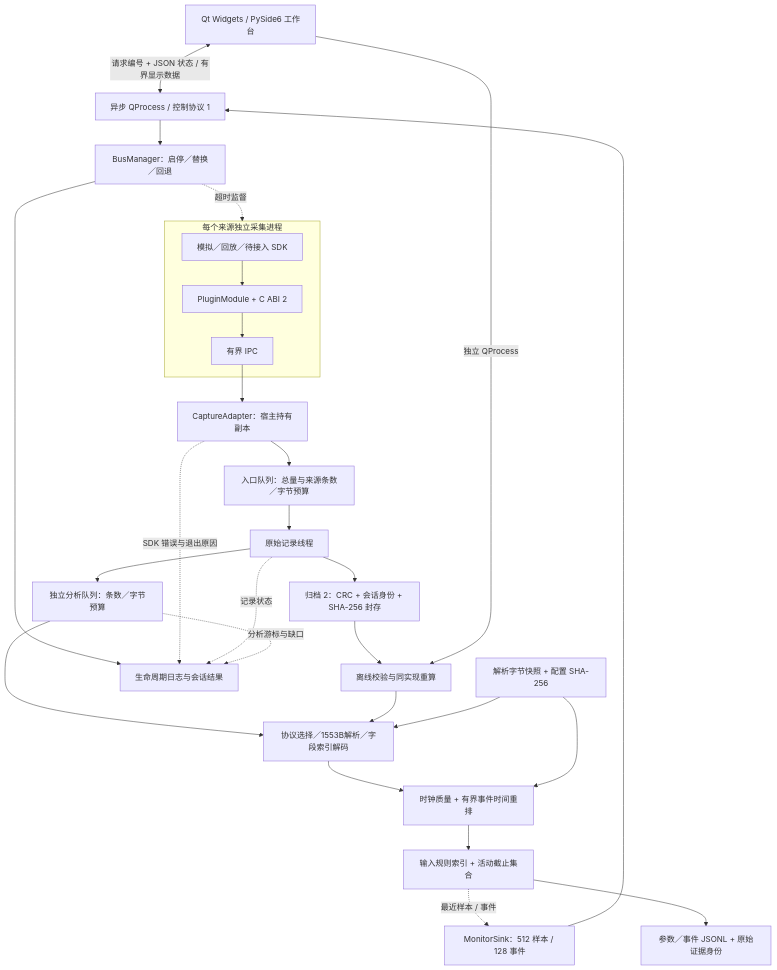
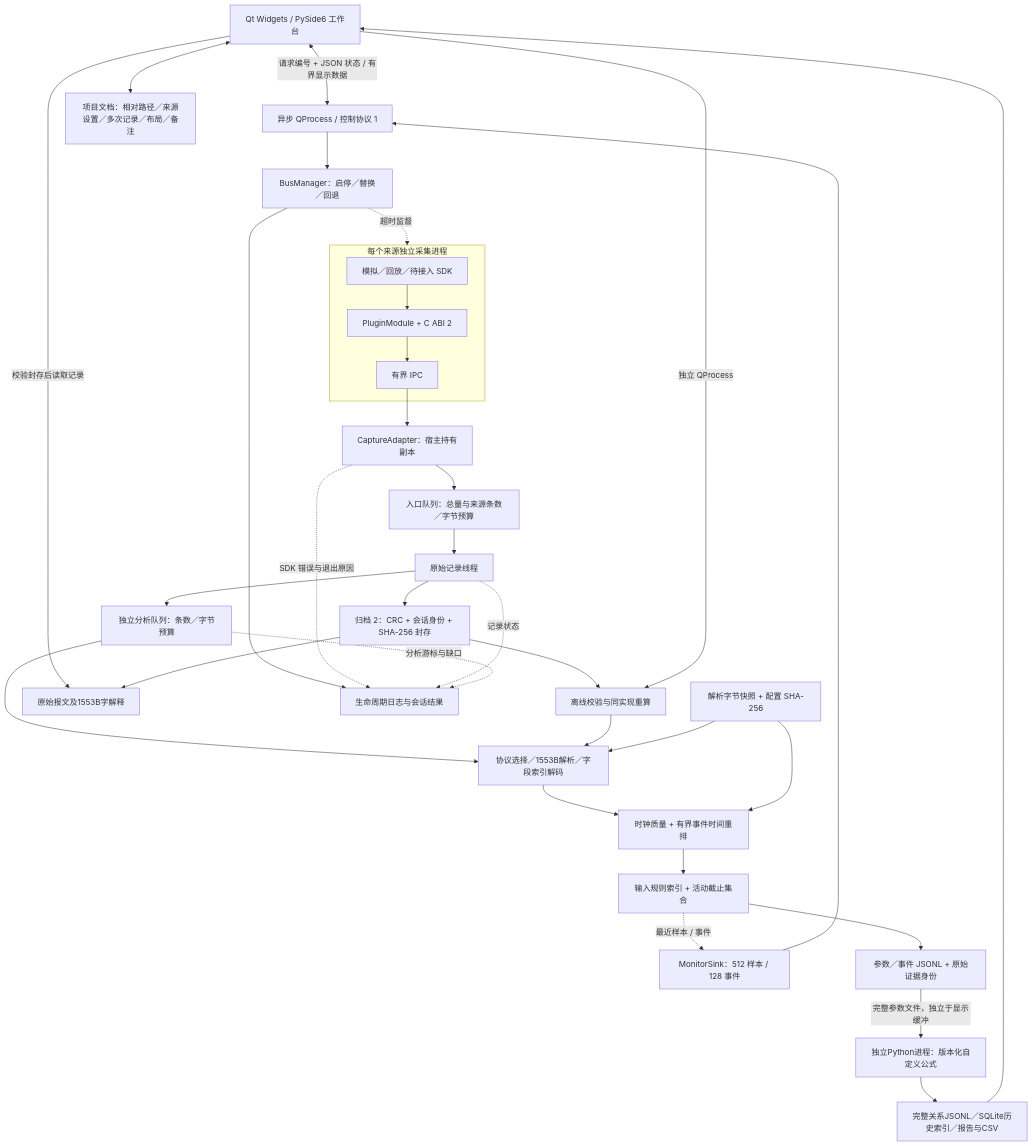
Before and after one commit to Aggressivecyber/avionics-backend: the diagram in avionics-backend/docs/architecture.md, drawn with Mermaid. The commit also changed other lines of this file and 29 other files, not shown here.

````diff
--- a/avionics-backend/docs/architecture.md
+++ b/avionics-backend/docs/architecture.md
@@ -5,30 +5,36 @@
 ```mermaid
 flowchart TB
     UI[Qt Widgets / PySide6 工作台] <-->|请求编号 + JSON 状态 / 有界显示数据| CTL[异步 QProcess / 控制协议 1]
     CTL --> M
     E -. 最近样本 / 事件 .-> TAP[MonitorSink：512 样本 / 128 事件]
     TAP --> CTL
     M[BusManager：启停／替换／回退] -. 超时监督 .-> W
     subgraph W[每个来源独立采集进程]
         P[模拟／回放／待接入 SDK] --> C[PluginModule + C ABI 2]
         C --> I[有界 IPC]
     end
     I --> A[CaptureAdapter：宿主持有副本]
     A --> Q[入口队列：总量与来源条数／字节预算]
     Q --> R[原始记录线程]
     R --> F[归档 2：CRC + 会话身份 + SHA-256 封存]
     R --> B[独立分析队列：条数／字节预算]
     B --> D[协议选择／1553B解析／字段索引解码]
     D --> T[时钟质量 + 有界事件时间重排]
     T --> E[输入规则索引 + 活动截止集合]
     E --> O[参数／事件 JSONL + 原始证据身份]
     F --> OFF[离线校验与同实现重算]
     UI -->|独立 QProcess| OFF
+    UI <--> PJ[项目文档：相对路径／来源设置／多次记录／布局／备注]
+    O -->|完整参数文件，独立于显示缓冲| REL[独立Python进程：版本化自定义公式]
+    REL --> HIST[完整关系JSONL／SQLite历史索引／报告与CSV]
+    HIST --> UI
+    UI -->|校验封存后读取记录| RAW[原始报文及1553B字解释]
+    F --> RAW
     OFF --> D
     M --> J[生命周期日志与会话结果]
     A -. SDK 错误与退出原因 .-> J
     R -. 记录状态 .-> J
     B -. 分析游标与缺口 .-> J
     K[解析字节快照 + 配置 SHA-256] --> D
     K --> T
 ```
````
